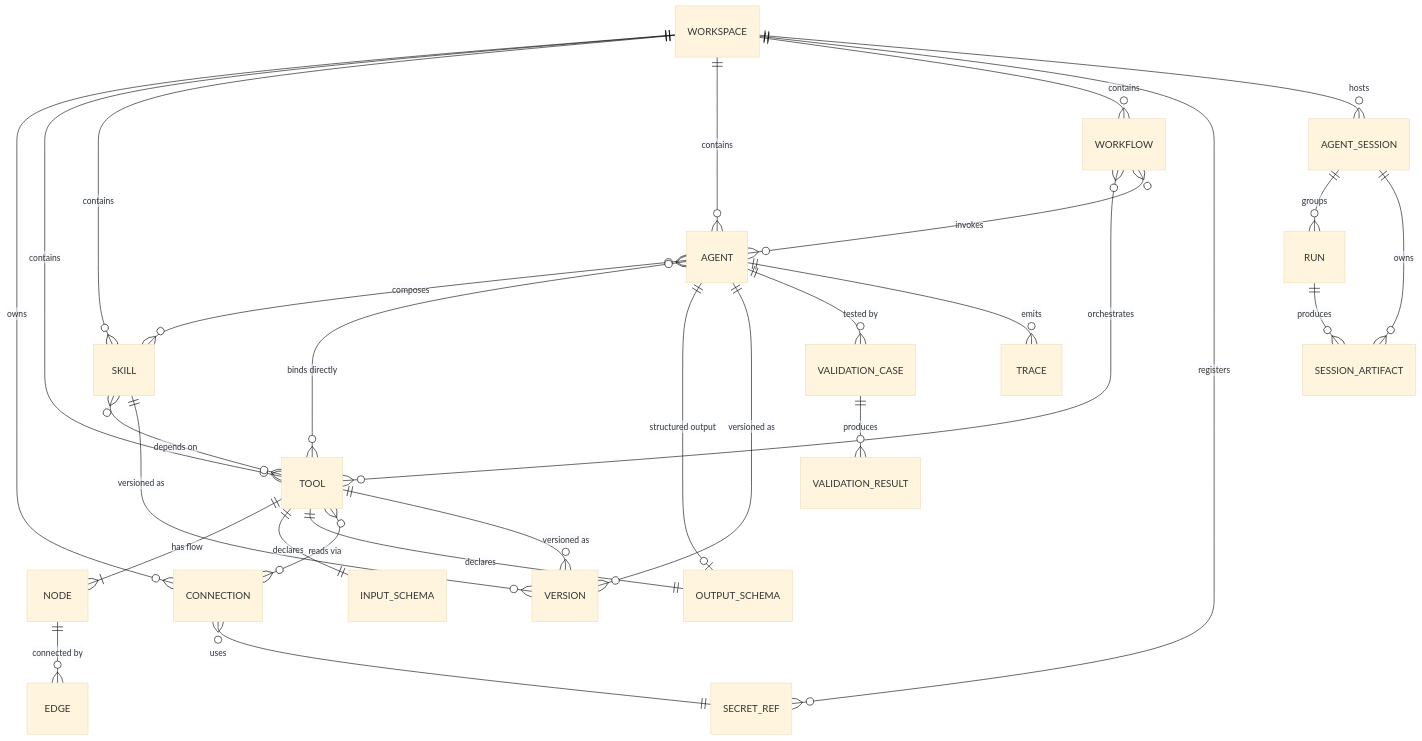
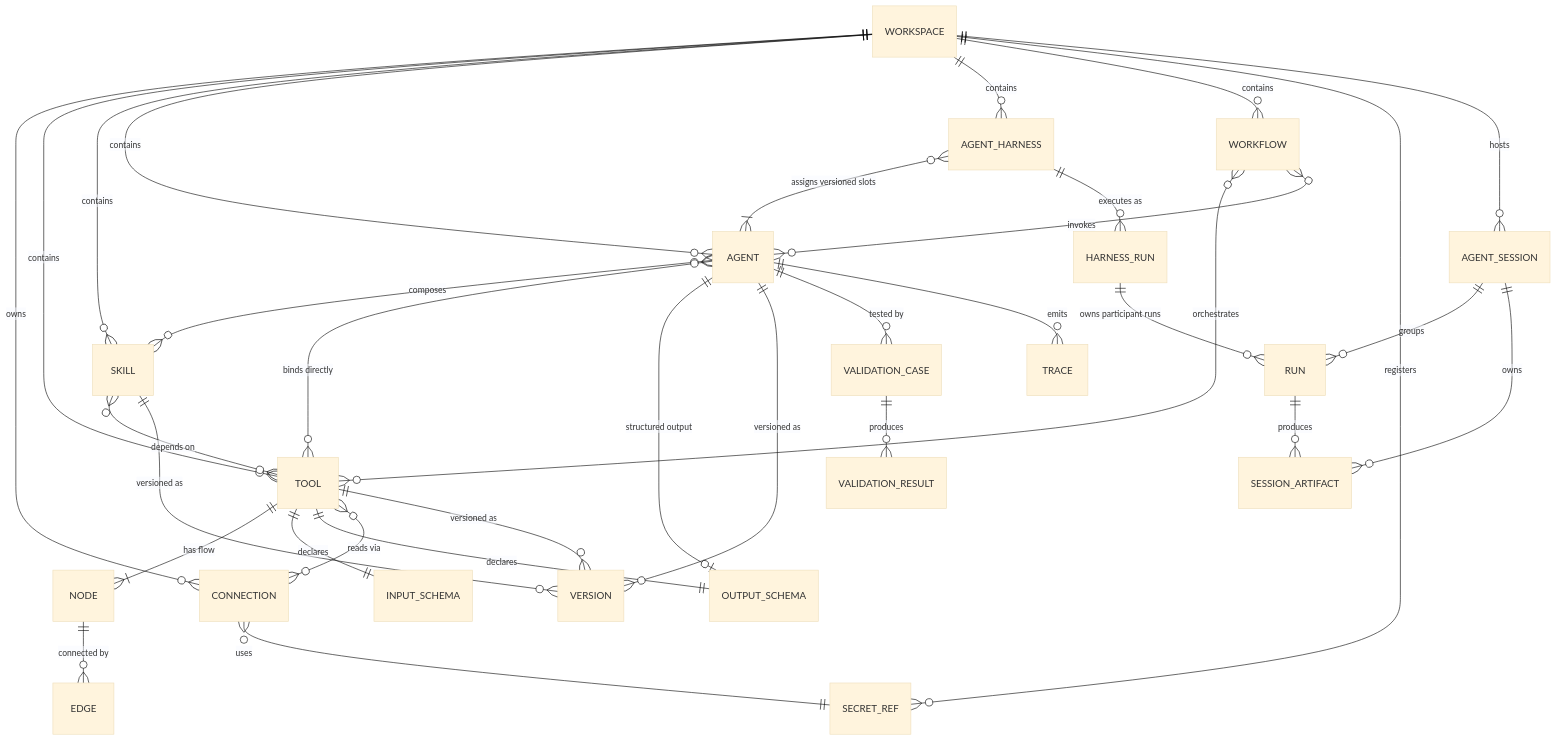
The first of 6 diagrams in docs/03-domain-model.md (yy7613/agentblume), drawn with Mermaid (base theme) before and after one commit. The commit also changed other lines of this file and 65 other files, not shown here.

Commit message:
feat: add agent harness builder and multimodal chat

````diff
--- a/docs/03-domain-model.md
+++ b/docs/03-domain-model.md
@@ -9,36 +9,40 @@
 ```mermaid
 erDiagram
   WORKSPACE ||--o{ CONNECTION : owns
   WORKSPACE ||--o{ TOOL : contains
   WORKSPACE ||--o{ SKILL : contains
   WORKSPACE ||--o{ AGENT : contains
+  WORKSPACE ||--o{ AGENT_HARNESS : contains
   WORKSPACE ||--o{ WORKFLOW : contains
   WORKSPACE ||--o{ SECRET_REF : registers
   WORKSPACE ||--o{ AGENT_SESSION : hosts
 
   TOOL ||--|{ NODE : "has flow"
   NODE ||--o{ EDGE : "connected by"
   TOOL ||--|| INPUT_SCHEMA : "declares"
   TOOL ||--|| OUTPUT_SCHEMA : "declares"
   TOOL }o--o{ CONNECTION : "reads via"
   CONNECTION }o--|| SECRET_REF : "uses"
 
   SKILL }o--o{ TOOL : "depends on"
   AGENT }o--o{ SKILL : "composes"
   AGENT }o--o{ TOOL : "binds directly"
   AGENT ||--o| OUTPUT_SCHEMA : "structured output"
+  AGENT_HARNESS }o--|{ AGENT : "assigns versioned slots"
+  AGENT_HARNESS ||--o{ HARNESS_RUN : "executes as"
+  HARNESS_RUN ||--o{ RUN : "owns participant runs"
   AGENT_SESSION ||--o{ RUN : groups
   AGENT_SESSION ||--o{ SESSION_ARTIFACT : owns
   RUN ||--o{ SESSION_ARTIFACT : produces
 
   WORKFLOW }o--o{ TOOL : "orchestrates"
   WORKFLOW }o--o{ AGENT : "invokes"
 
   TOOL ||--o{ VERSION : "versioned as"
   SKILL ||--o{ VERSION : "versioned as"
   AGENT ||--o{ VERSION : "versioned as"
 
   AGENT ||--o{ VALIDATION_CASE : "tested by"
   VALIDATION_CASE ||--o{ VALIDATION_RESULT : "produces"
   AGENT ||--o{ TRACE : "emits"
 ```
````
